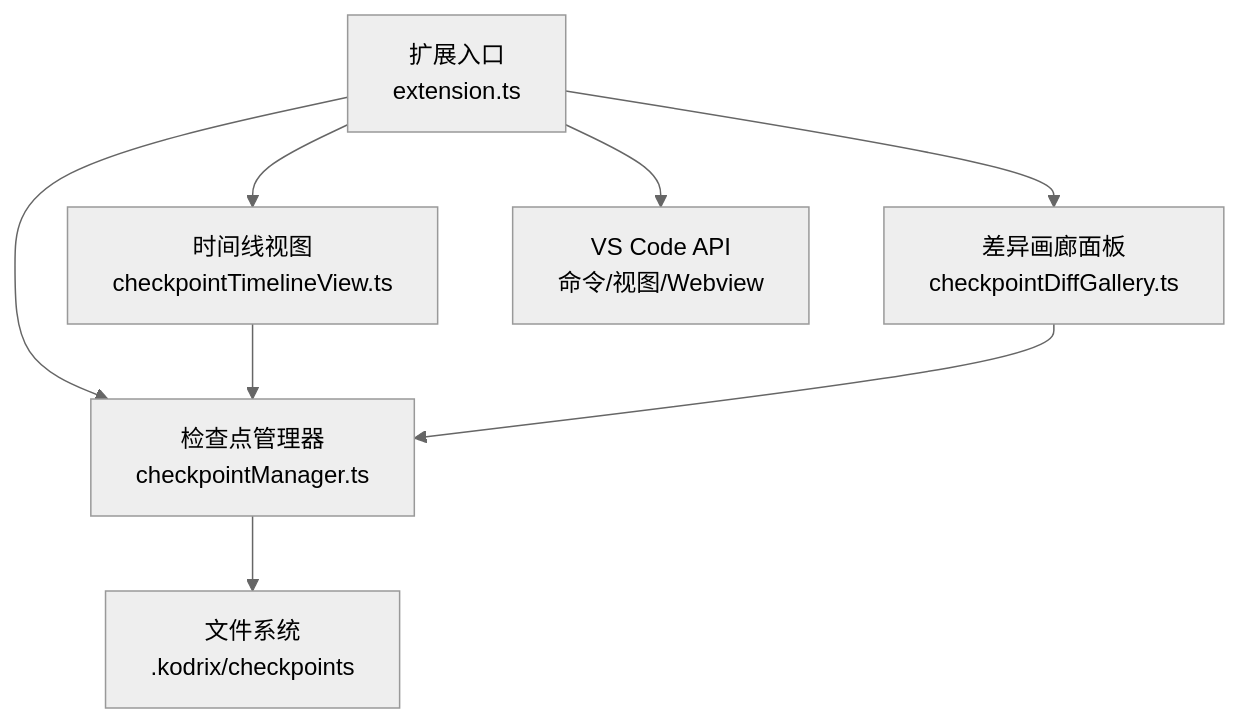
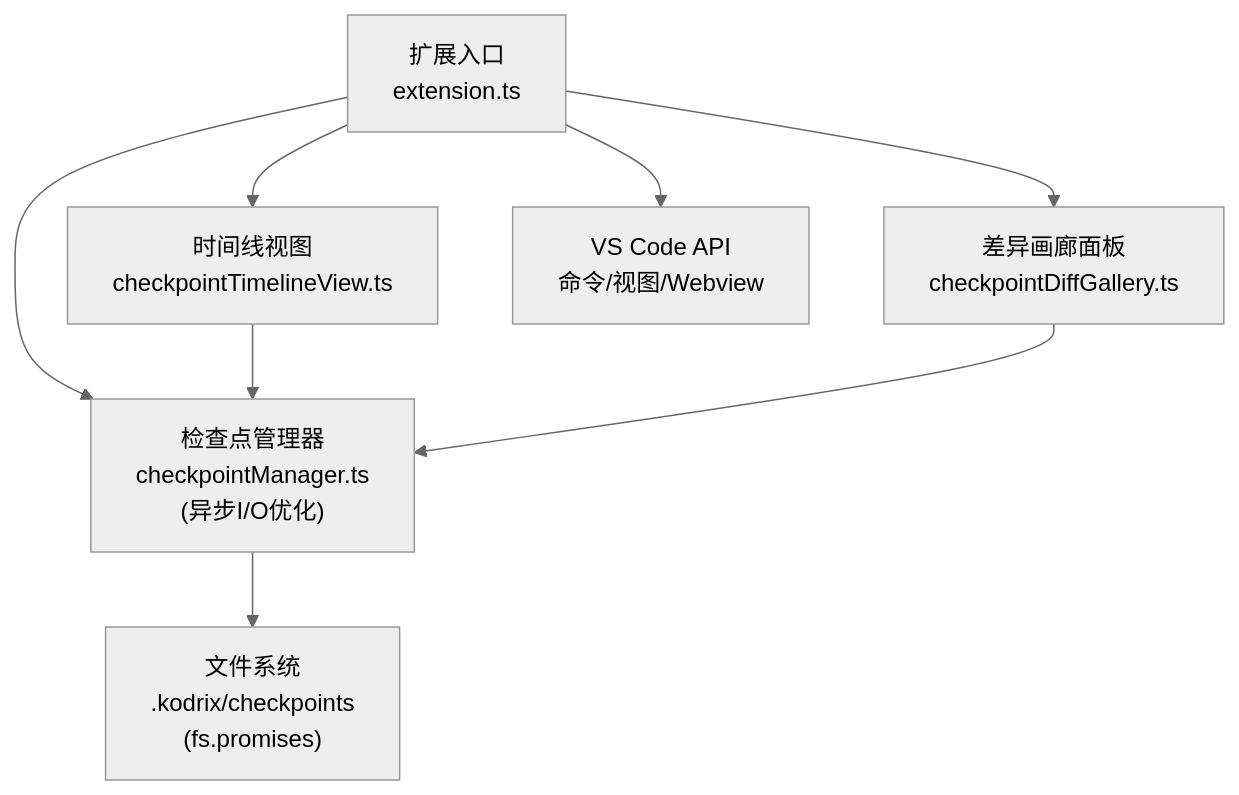
The first of 6 diagrams in .qoder/repowiki/zh/content/架构设计/Agent 操作系统架构/检查点可视化系统.md (sofate798/KodrixCode), drawn with Mermaid (neutral theme) before and after one commit. The commit also changed other lines of this file and 9 other files, not shown here.

````diff
--- a/.qoder/repowiki/zh/content/架构设计/Agent 操作系统架构/检查点可视化系统.md
+++ b/.qoder/repowiki/zh/content/架构设计/Agent 操作系统架构/检查点可视化系统.md
@@ -36,10 +43,10 @@
 ```mermaid
 graph TB
-A["扩展入口<br/>extension.ts"] --> B["检查点管理器<br/>checkpointManager.ts"]
+A["扩展入口<br/>extension.ts"] --> B["检查点管理器<br/>checkpointManager.ts<br/>(异步I/O优化)"]
 A --> C["时间线视图<br/>checkpointTimelineView.ts"]
 A --> D["差异画廊面板<br/>checkpointDiffGallery.ts"]
-B --> E["文件系统<br/>.kodrix/checkpoints"]
+B --> E["文件系统<br/>.kodrix/checkpoints<br/>(fs.promises)"]
 C --> B
 D --> B
 A --> F["VS Code API<br/>命令/视图/Webview"]
 ```
````
